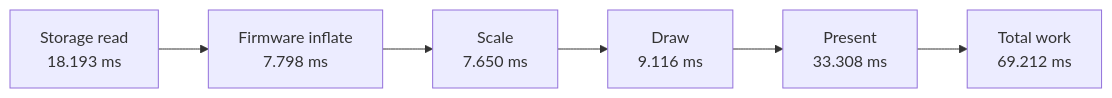
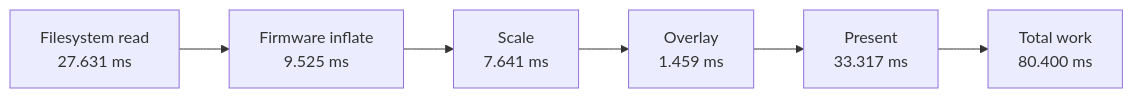
One commit to elixpo/rv565 changed the eighth of 10 diagrams in docs/KNOWLEDGE_DECK.md. Above: the diagram before and after it, drawn with Mermaid. The commit also changed other lines of this file, not shown here.

````diff
--- a/docs/KNOWLEDGE_DECK.md
+++ b/docs/KNOWLEDGE_DECK.md
@@ -373,8 +378,8 @@
 ```mermaid
 flowchart LR
-    A[Storage read<br/>18.193 ms] --> B[Firmware inflate<br/>7.798 ms]
-    B --> C[Scale<br/>7.650 ms]
-    C --> D[Draw<br/>9.116 ms]
-    D --> E[Present<br/>33.308 ms]
-    E --> F[Total work<br/>69.212 ms]
+    A[Filesystem read<br/>27.631 ms] --> B[Firmware inflate<br/>9.525 ms]
+    B --> C[Scale<br/>7.641 ms]
+    C --> D[Overlay<br/>1.459 ms]
+    D --> E[Present<br/>33.317 ms]
+    E --> F[Total work<br/>80.400 ms]
 ```
````
